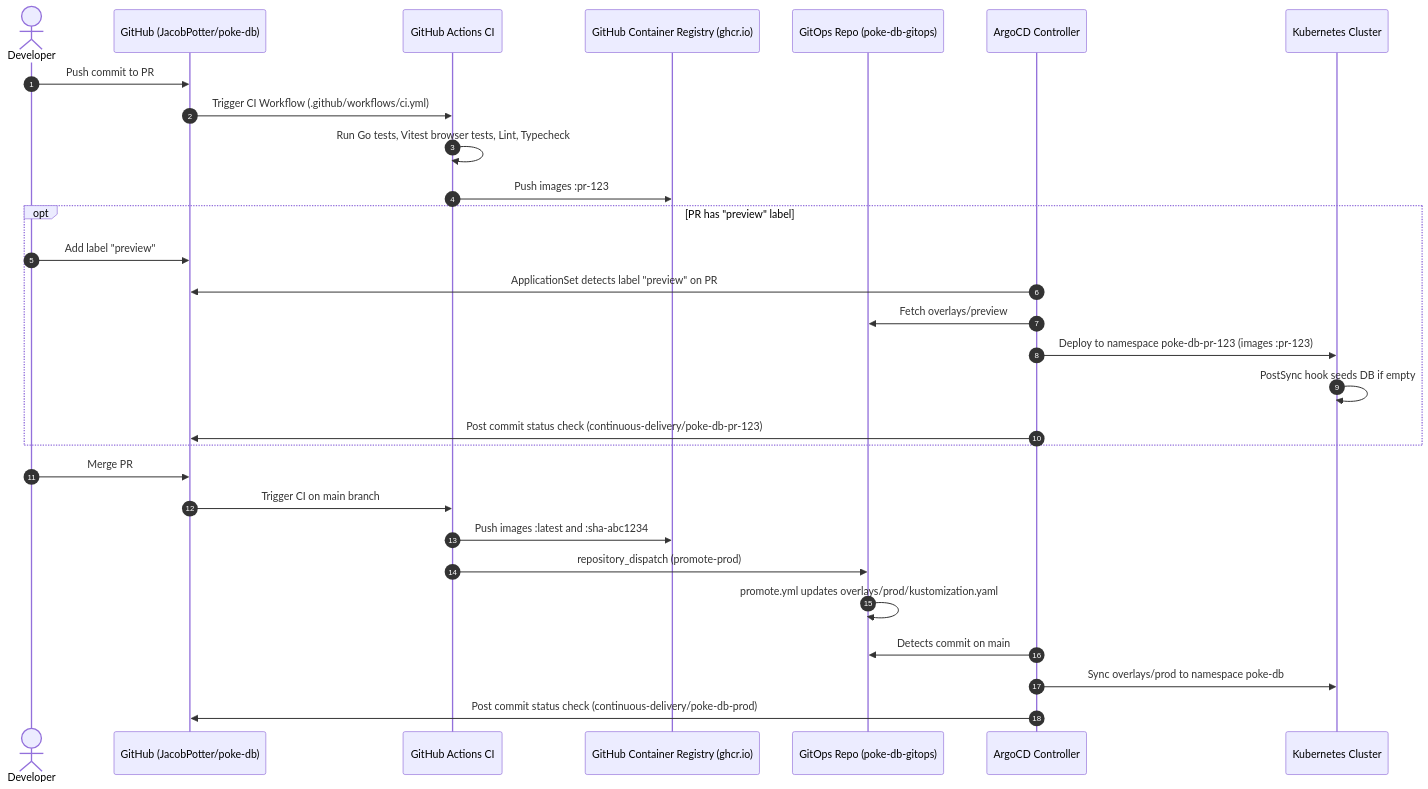
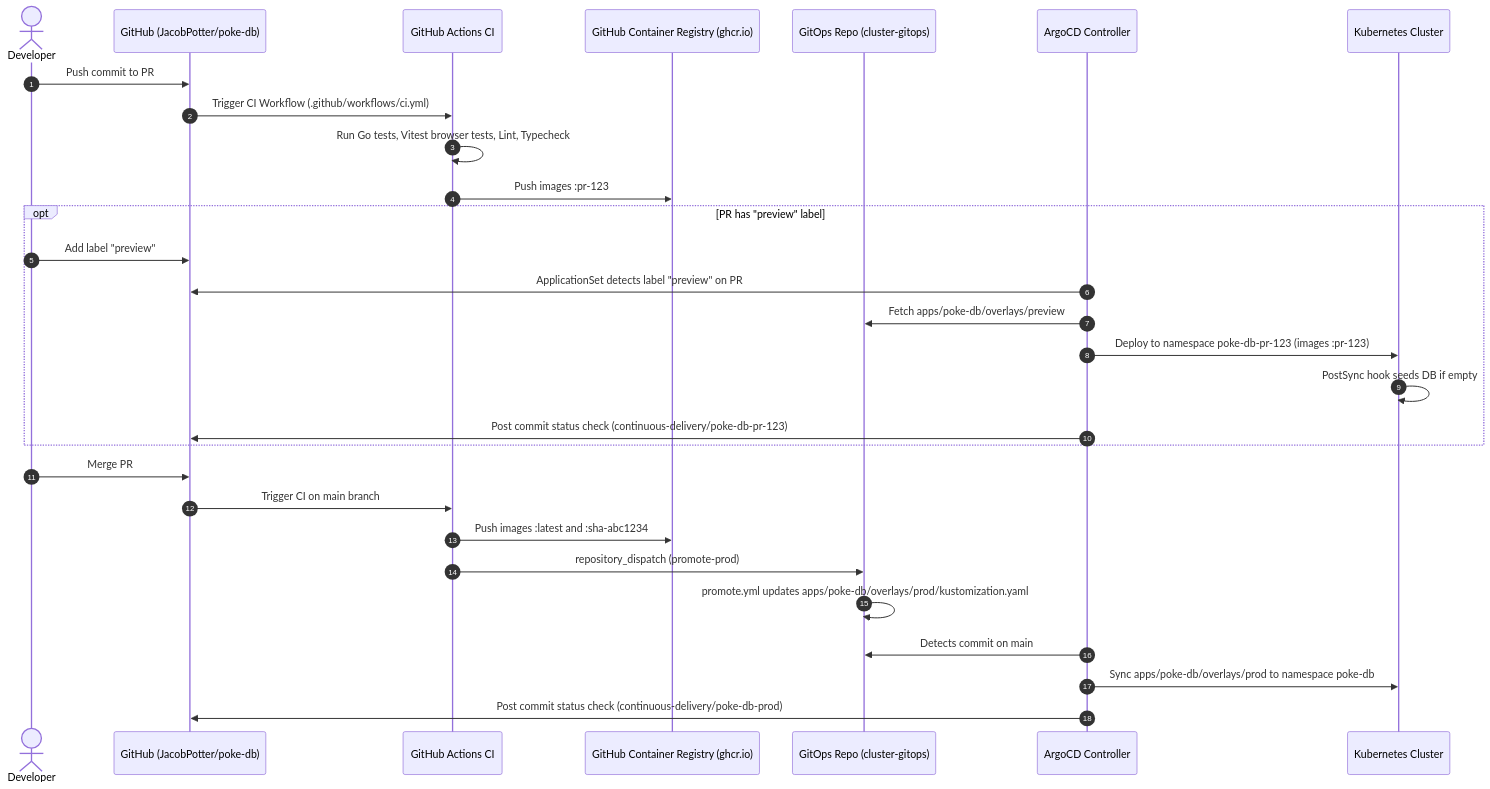
Before and after one commit to JacobPotter/poke-db: the sixth of 6 diagrams in ARCHITECTURE.md, drawn with Mermaid. The commit also changed other lines of this file and 13 other files, not shown here.

First line of the commit message:
chore: restructure GitOps repo and rename to cluster-gitops

````diff
--- a/ARCHITECTURE.md
+++ b/ARCHITECTURE.md
@@ -273,34 +275,34 @@
 ```mermaid
 sequenceDiagram
     autonumber
     actor Dev as Developer
     participant GH as GitHub (JacobPotter/poke-db)
     participant CI as GitHub Actions CI
     participant GHCR as GitHub Container Registry (ghcr.io)
-    participant GitOps as GitOps Repo (poke-db-gitops)
+   participant GitOps as GitOps Repo (cluster-gitops)
     participant Argo as ArgoCD Controller
     participant K8s as Kubernetes Cluster
 
     Dev->>GH: Push commit to PR #123
     GH->>CI: Trigger CI Workflow (.github/workflows/ci.yml)
     CI->>CI: Run Go tests, Vitest browser tests, Lint, Typecheck
     CI->>GHCR: Push images :pr-123
     
     opt PR has "preview" label
         Dev->>GH: Add label "preview"
         Argo->>GH: ApplicationSet detects label "preview" on PR #123
-        Argo->>GitOps: Fetch overlays/preview
+       Argo ->> GitOps: Fetch apps/poke-db/overlays/preview
         Argo->>K8s: Deploy to namespace poke-db-pr-123 (images :pr-123)
         K8s->>K8s: PostSync hook seeds DB if empty
         Argo->>GH: Post commit status check (continuous-delivery/poke-db-pr-123)
     end
 
     Dev->>GH: Merge PR #123 to main
     GH->>CI: Trigger CI on main branch
     CI->>GHCR: Push images :latest and :sha-abc1234
     CI->>GitOps: repository_dispatch (promote-prod)
-    GitOps->>GitOps: promote.yml updates overlays/prod/kustomization.yaml
+   GitOps ->> GitOps: promote.yml updates apps/poke-db/overlays/prod/kustomization.yaml
     Argo->>GitOps: Detects commit on main
-    Argo->>K8s: Sync overlays/prod to namespace poke-db
+   Argo ->> K8s: Sync apps/poke-db/overlays/prod to namespace poke-db
     Argo->>GH: Post commit status check (continuous-delivery/poke-db-prod)
 ```
````
